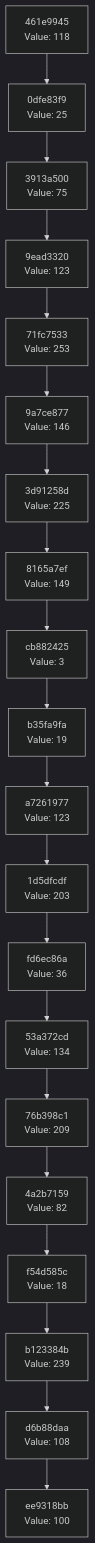
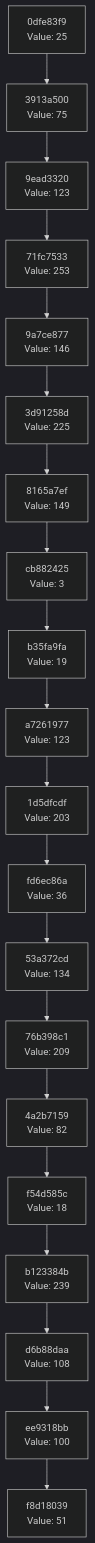
Before and after one commit to Abhisheksinha1506/hash-chain-evolver: the diagram in docs/CHAIN_VISUALIZATION.md, drawn with Mermaid (dark theme). The commit also changed 2 other files, not shown here.

Commit message:
Evolution Step

````diff
--- a/docs/CHAIN_VISUALIZATION.md
+++ b/docs/CHAIN_VISUALIZATION.md
@@ -3,42 +3,42 @@
 ```mermaid
 graph TD
-    C0["ee9318bb<br/>Value: 100"]
-    C1["d6b88daa<br/>Value: 108"]
+    C0["f8d18039<br/>Value: 51"]
+    C1["ee9318bb<br/>Value: 100"]
     C1 --> C0
-    C2["b123384b<br/>Value: 239"]
+    C2["d6b88daa<br/>Value: 108"]
     C2 --> C1
-    C3["f54d585c<br/>Value: 18"]
+    C3["b123384b<br/>Value: 239"]
     C3 --> C2
-    C4["4a2b7159<br/>Value: 82"]
+    C4["f54d585c<br/>Value: 18"]
     C4 --> C3
-    C5["76b398c1<br/>Value: 209"]
+    C5["4a2b7159<br/>Value: 82"]
     C5 --> C4
-    C6["53a372cd<br/>Value: 134"]
+    C6["76b398c1<br/>Value: 209"]
     C6 --> C5
-    C7["fd6ec86a<br/>Value: 36"]
+    C7["53a372cd<br/>Value: 134"]
     C7 --> C6
-    C8["1d5dfcdf<br/>Value: 203"]
+    C8["fd6ec86a<br/>Value: 36"]
     C8 --> C7
-    C9["a7261977<br/>Value: 123"]
+    C9["1d5dfcdf<br/>Value: 203"]
     C9 --> C8
-    C10["b35fa9fa<br/>Value: 19"]
+    C10["a7261977<br/>Value: 123"]
     C10 --> C9
-    C11["cb882425<br/>Value: 3"]
+    C11["b35fa9fa<br/>Value: 19"]
     C11 --> C10
-    C12["8165a7ef<br/>Value: 149"]
+    C12["cb882425<br/>Value: 3"]
     C12 --> C11
-    C13["3d91258d<br/>Value: 225"]
+    C13["8165a7ef<br/>Value: 149"]
     C13 --> C12
-    C14["9a7ce877<br/>Value: 146"]
+    C14["3d91258d<br/>Value: 225"]
     C14 --> C13
-    C15["71fc7533<br/>Value: 253"]
+    C15["9a7ce877<br/>Value: 146"]
     C15 --> C14
-    C16["9ead3320<br/>Value: 123"]
+    C16["71fc7533<br/>Value: 253"]
     C16 --> C15
-    C17["3913a500<br/>Value: 75"]
+    C17["9ead3320<br/>Value: 123"]
     C17 --> C16
-    C18["0dfe83f9<br/>Value: 25"]
+    C18["3913a500<br/>Value: 75"]
     C18 --> C17
-    C19["461e9945<br/>Value: 118"]
+    C19["0dfe83f9<br/>Value: 25"]
     C19 --> C18
 ```
````
